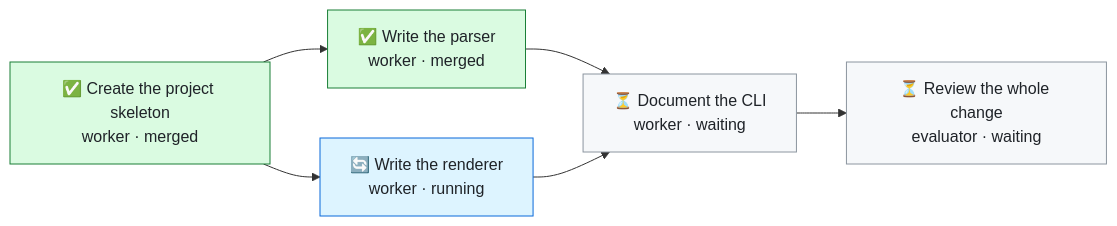
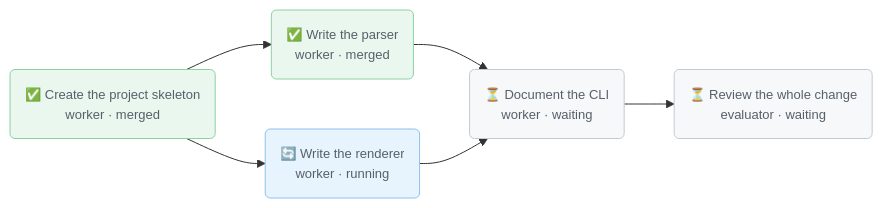
Before and after one commit to Kucze3205/Perpetua: the diagram in prototypes/loop-status/final/A-wide.md, drawn with Mermaid. The commit also changed other lines of this file and 2 other files, not shown here.

Commit message:
Prototype: Loop status revision 2 - one row per session, softer graph, no totals table (#336)

````diff
--- a/prototypes/loop-status/final/A-wide.md
+++ b/prototypes/loop-status/final/A-wide.md
@@ -14,18 +16,19 @@
 ```mermaid
+%%{init: {'themeVariables': {'fontSize': '13px'}}}%%
 flowchart LR
-  scaffold["✅ Create the project skeleton<br/>worker · merged"]:::ok
-  parser["✅ Write the parser<br/>worker · merged"]:::ok
-  renderer["🔄 Write the renderer<br/>worker · running"]:::run
-  docs["⏳ Document the CLI<br/>worker · waiting"]:::wait
-  review["⏳ Review the whole change<br/>evaluator · waiting"]:::wait
+  scaffold("✅ Create the project skeleton<br/>worker · merged"):::ok
+  parser("✅ Write the parser<br/>worker · merged"):::ok
+  renderer("🔄 Write the renderer<br/>worker · running"):::run
+  docs("⏳ Document the CLI<br/>worker · waiting"):::wait
+  review("⏳ Review the whole change<br/>evaluator · waiting"):::wait
   scaffold --> parser
   scaffold --> renderer
   parser --> docs
   renderer --> docs
   docs --> review
-  classDef ok fill:#dafbe1,stroke:#1a7f37,color:#1f2328
-  classDef warn fill:#fff8c5,stroke:#9a6700,color:#1f2328
-  classDef bad fill:#ffebe9,stroke:#cf222e,color:#1f2328
-  classDef run fill:#ddf4ff,stroke:#0969da,color:#1f2328
-  classDef wait fill:#f6f8fa,stroke:#8c959f,color:#1f2328
+  classDef ok fill:#e9f7ee,stroke:#8fd0a3,stroke-width:1px,color:#57606a
+  classDef warn fill:#fff9db,stroke:#e0c872,stroke-width:1px,color:#57606a
+  classDef bad fill:#fdeeed,stroke:#e5a3a0,stroke-width:1px,color:#57606a
+  classDef run fill:#e8f4fd,stroke:#8cc2ee,stroke-width:1px,color:#57606a
+  classDef wait fill:#f6f8fa,stroke:#c4cad1,stroke-width:1px,color:#57606a
 ```
````
